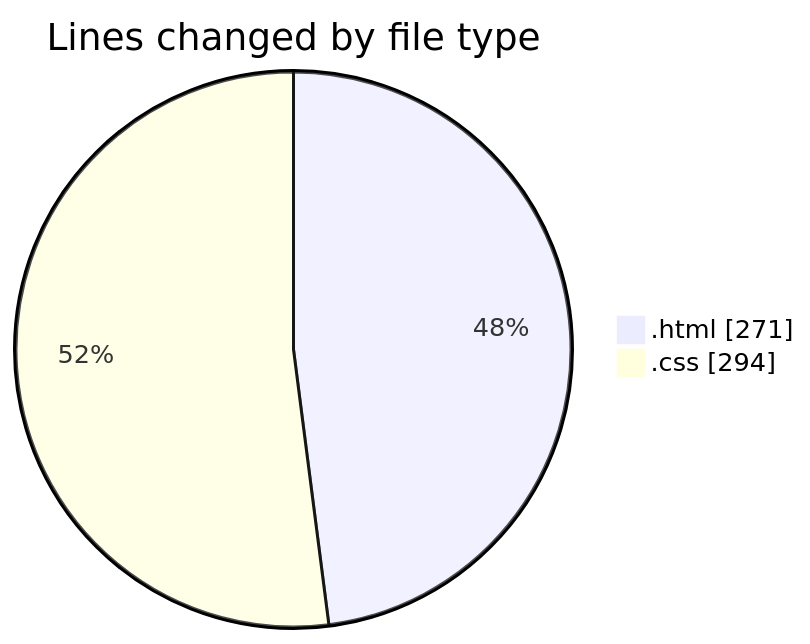
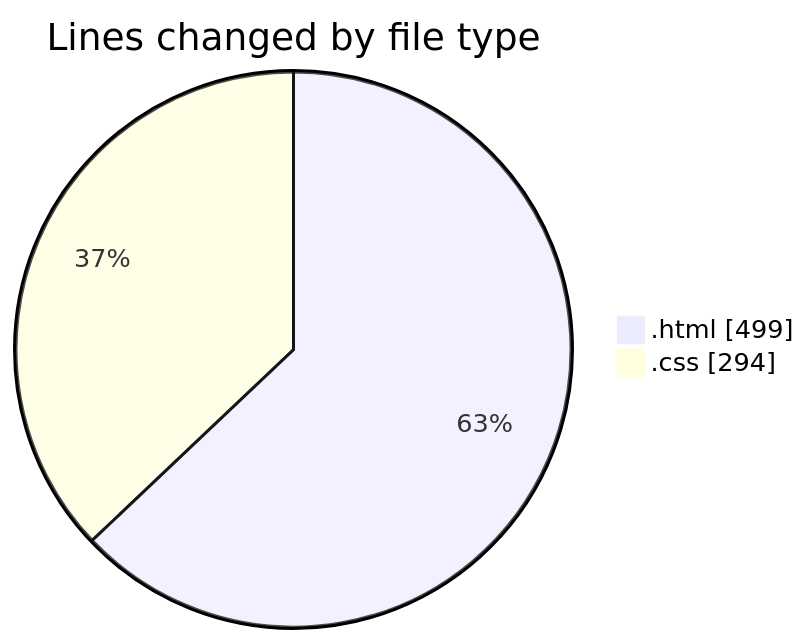
The first of 2 diagrams in 2025-04-15/portfolio/README.md (CELIANVF/code-tracking), drawn with Mermaid before and after one commit. The commit also changed other lines of this file and 1 other file, not shown here.

````diff
--- a/2025-04-15/portfolio/README.md
+++ b/2025-04-15/portfolio/README.md
@@ -21,6 +21,6 @@
 ```mermaid
 pie showData
 title Lines changed by file type
-".html" : 271
+".html" : 499
 ".css" : 294
 ```
````
